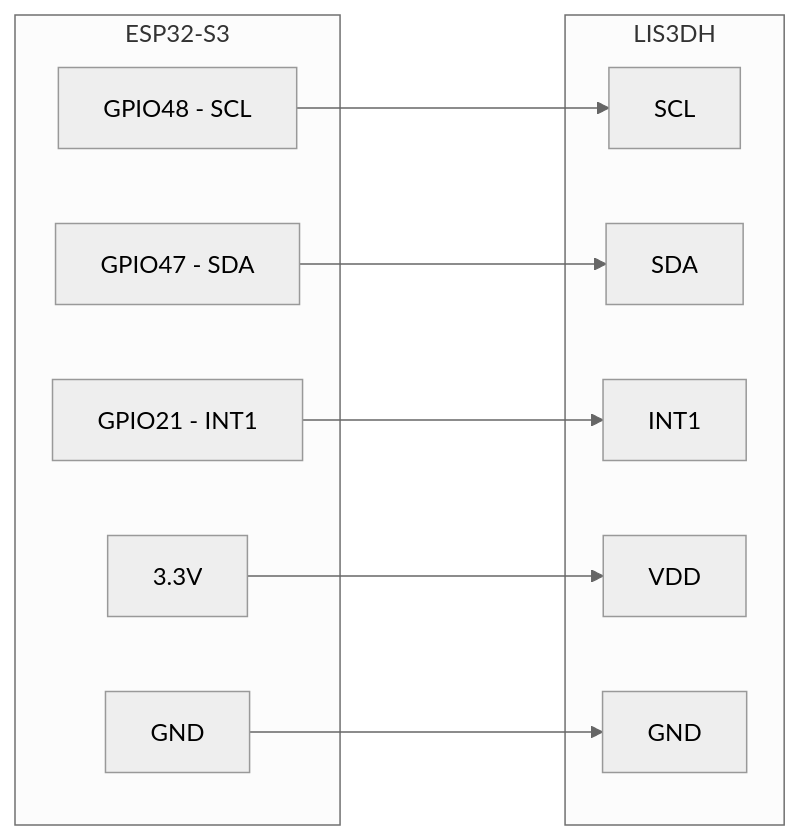
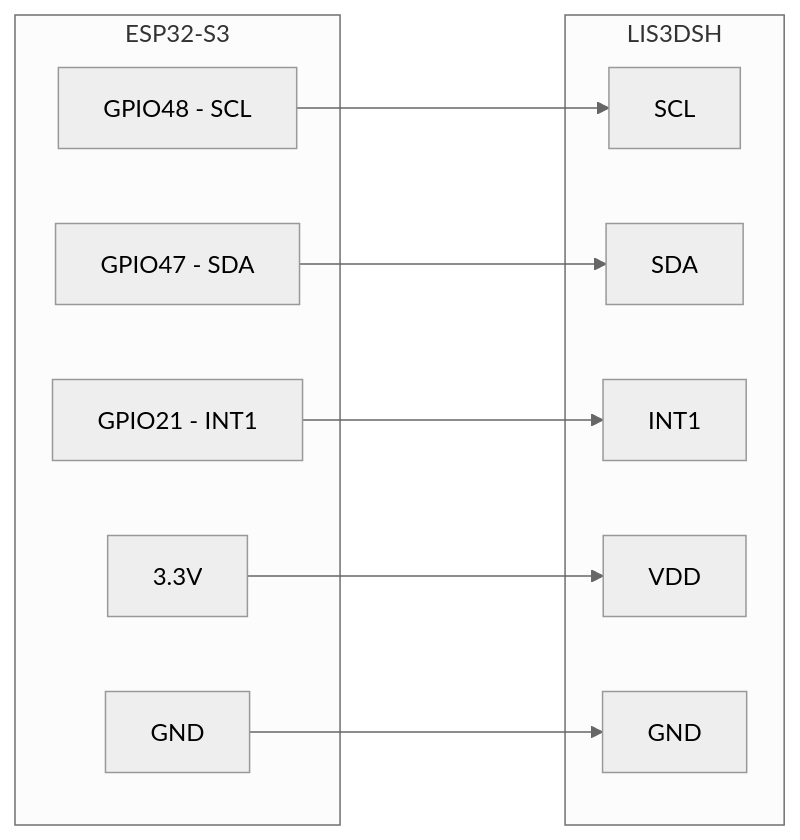
One commit to anmh1205/IoT_Vehicle_Tracking_System changed the diagram in resources/reports/thesis/final/assets/uml/03-chuong-3-giai-phap-phan-cung-hinh-3-3.mmd. Above: the diagram before and after it, drawn with Mermaid (neutral theme). The commit also changed 332 other files, not shown here.

```diff
--- a/resources/reports/thesis/final/assets/uml/03-chuong-3-giai-phap-phan-cung-hinh-3-3.mmd
+++ b/resources/reports/thesis/final/assets/uml/03-chuong-3-giai-phap-phan-cung-hinh-3-3.mmd
@@ -1,22 +1,22 @@
 flowchart LR
     subgraph MCU["ESP32-S3"]
         SCL["GPIO48 - SCL"]
         SDA["GPIO47 - SDA"]
         INT["GPIO21 - INT1"]
         VCC["3.3V"]
         GND["GND"]
     end
 
-    subgraph IMU["LIS3DH"]
+    subgraph IMU["LIS3DSH"]
         I2CSCL["SCL"]
         I2CSDA["SDA"]
         I2CINT["INT1"]
         IVCC["VDD"]
         IGND["GND"]
     end
 
     SCL ----> I2CSCL
     SDA ----> I2CSDA
     INT ----> I2CINT
     VCC --> IVCC
     GND --> IGND
```
